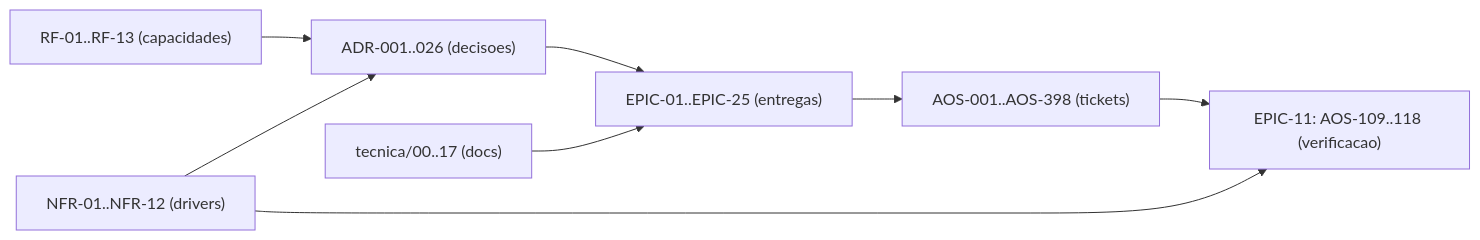
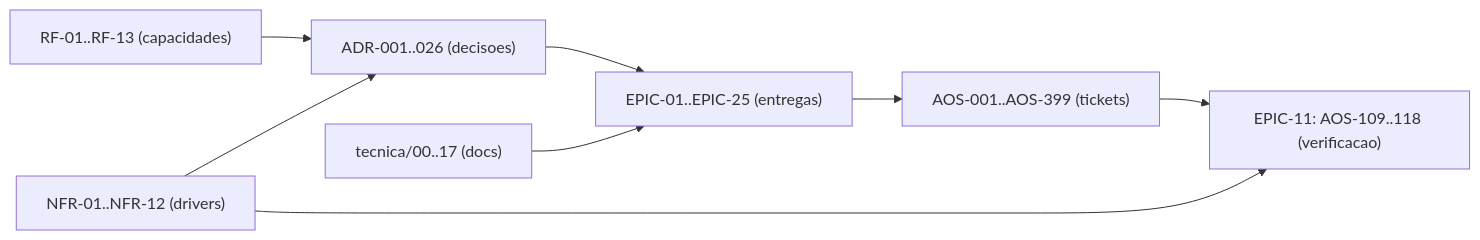
Before and after one commit to albinoJimy/aos: the diagram in tecnica/16_Rastreabilidade_RTM.md, drawn with Mermaid. The commit also changed other lines of this file and 9 other files, not shown here.

````diff
--- a/tecnica/16_Rastreabilidade_RTM.md
+++ b/tecnica/16_Rastreabilidade_RTM.md
@@ -185,10 +185,10 @@
 ```mermaid
 flowchart LR
     RF["RF-01..RF-13 (capacidades)"] --> ADR["ADR-001..026 (decisoes)"]
     NFR["NFR-01..NFR-12 (drivers)"] --> ADR
     ADR --> EPIC["EPIC-01..EPIC-25 (entregas)"]
-    EPIC --> TICK["AOS-001..AOS-398 (tickets)"]
+    EPIC --> TICK["AOS-001..AOS-399 (tickets)"]
     DOC["tecnica/00..17 (docs)"] --> EPIC
     TICK --> TEST["EPIC-11: AOS-109..118 (verificacao)"]
     NFR --> TEST
 ```
````
